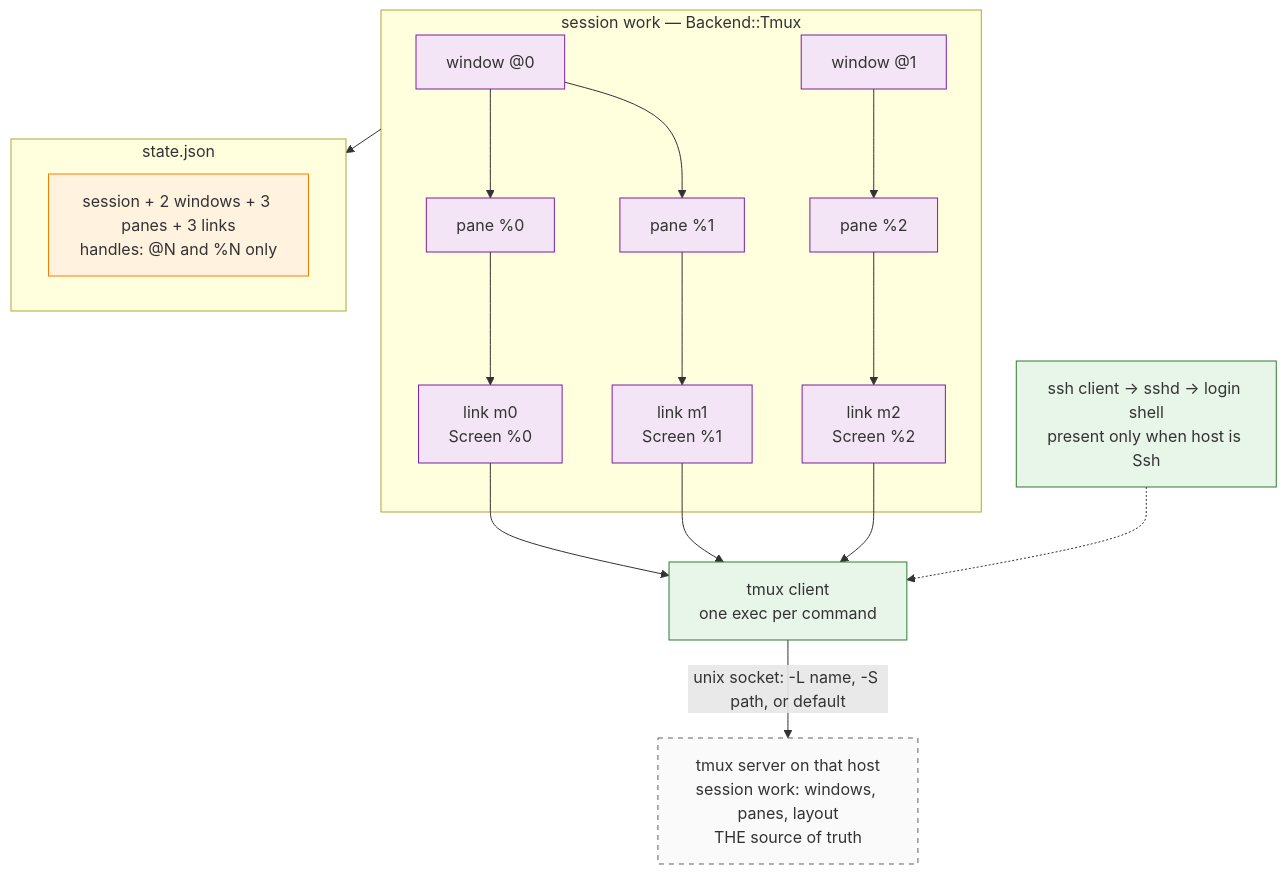
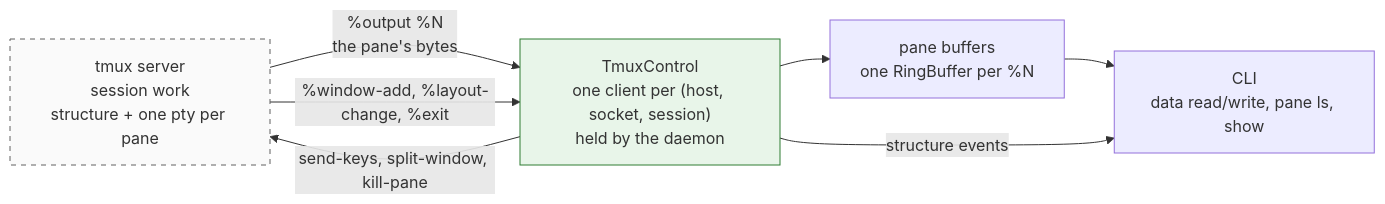
Before and after one commit to xiaoshan1234/xscore: the second of 4 diagrams in doc/dev/arch/arch.md, drawn with Mermaid. The commit also changed other lines of this file, not shown here.

First line of the commit message:
docs(arch): control mode is the tmux integration — panes are streams, not screens

````diff
--- a/doc/dev/arch/arch.md
+++ b/doc/dev/arch/arch.md
@@ -316,43 +338,19 @@
 ```mermaid
-graph TB
-    subgraph SESS["session work — Backend::Tmux"]
-        W0["window @0"]
-        W1["window @1"]
-        Q0["pane %0"]
-        Q1["pane %1"]
-        Q2["pane %2"]
-        M0["link m0<br/>Screen %0"]
-        M1["link m1<br/>Screen %1"]
-        M2["link m2<br/>Screen %2"]
-        W0 --> Q0
-        W0 --> Q1
-        W1 --> Q2
-        Q0 --> M0
-        Q1 --> M1
-        Q2 --> M2
-    end
+graph LR
+    SRV["tmux server<br/>session work<br/>structure + one pty per pane"]
+    CTL["TmuxControl<br/>one client per (host, socket, session)<br/>held by the daemon"]
+    BUF["pane buffers<br/>one RingBuffer per %N"]
+    CLI["CLI<br/>data read/write, pane ls, show"]
 
-    subgraph ST["state.json"]
-        TS["session + 2 windows + 3 panes + 3 links<br/>handles: @N and %N only"]
-    end
+    SRV -->|"%output %N<br/>the pane's bytes"| CTL
+    SRV -->|"%window-add, %layout-change, %exit"| CTL
+    CTL -->|"send-keys, split-window, kill-pane"| SRV
+    CTL --> BUF
+    BUF --> CLI
+    CTL -->|"structure events"| CLI
 
-    H["ssh client → sshd → login shell<br/>present only when host is Ssh"]
-    C["tmux client<br/>one exec per command"]
-    TMS["tmux server on that host<br/>session work: windows, panes, layout<br/>THE source of truth"]
-
-    SESS --> ST
-    M0 --> C
-    M1 --> C
-    M2 --> C
-    H -.-> C
-    C -->|"unix socket: -L name, -S path, or default"| TMS
-
-    classDef sess fill:#f3e5f5,stroke:#7b1fa2
-    classDef st fill:#fff3e0,stroke:#f57c00
-    classDef hop fill:#e8f5e9,stroke:#2e7d32
     classDef ext fill:#fafafa,stroke:#616161,stroke-dasharray: 5 5
-    class W0,W1,Q0,Q1,Q2,M0,M1,M2 sess
-    class TS st
-    class H,C hop
-    class TMS ext
+    classDef ctl fill:#e8f5e9,stroke:#2e7d32
+    class SRV ext
+    class CTL ctl
 ```
````
